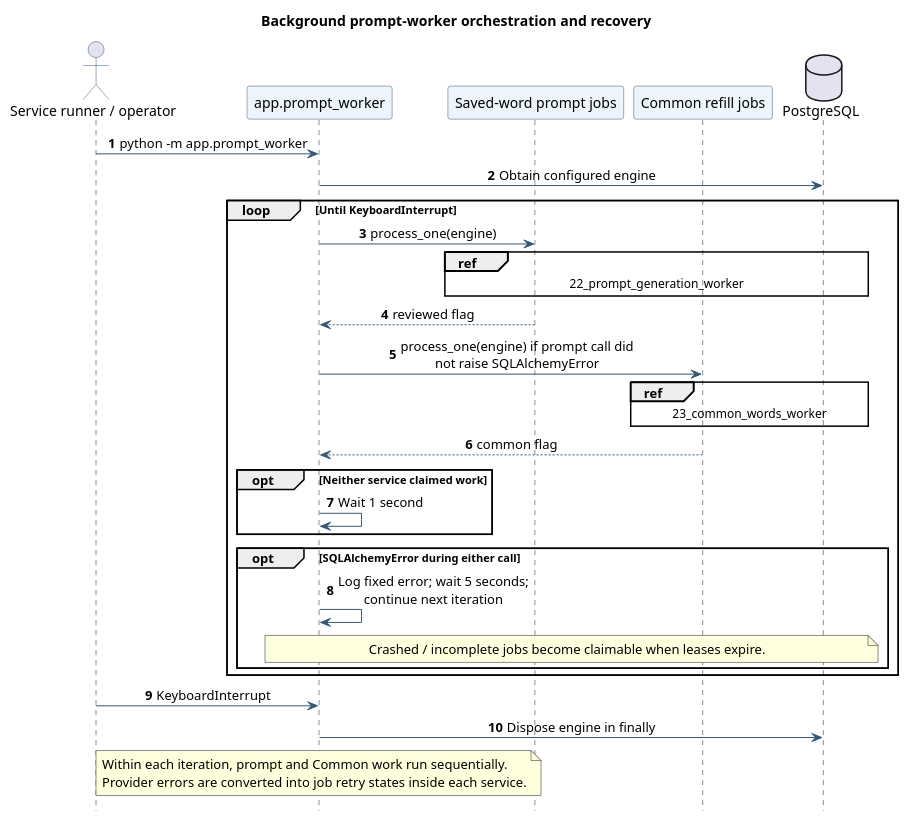
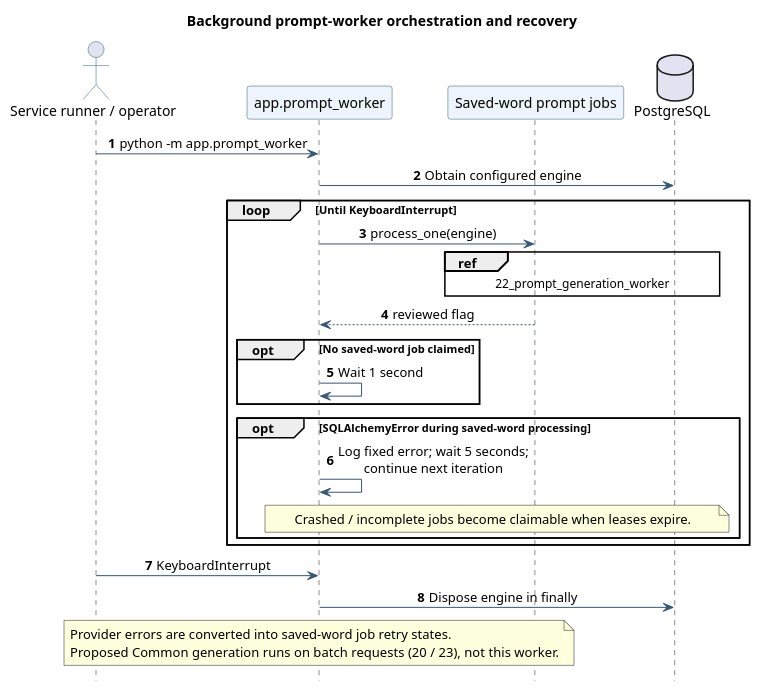
Before and after one commit to jerrynguyen0210/english-vocab-app: the diagram in docs/diagrams/sequence_diagrams/31_prompt_worker_loop.puml, drawn with PlantUML. The commit also changed 93 other files, not shown here.

Commit message:
Add shared common word practice and bank tooling

```diff
--- a/docs/diagrams/sequence_diagrams/31_prompt_worker_loop.puml
+++ b/docs/diagrams/sequence_diagrams/31_prompt_worker_loop.puml
@@ -1,44 +1,39 @@
 @startuml
 skinparam shadowing false
 skinparam defaultFontName SansSerif
 skinparam sequenceMessageAlign center
 skinparam maxMessageSize 240
 skinparam ParticipantBackgroundColor #EEF4FB
 skinparam ParticipantBorderColor #355777
 skinparam ActorBorderColor #355777
 skinparam ArrowColor #355777
 hide footbox
 autonumber
 title Background prompt-worker orchestration and recovery
 
 ' Sources relative to repository root:
 ' backend/app/prompt_worker.py
 ' backend/app/services/prompt_jobs/worker.py
-' backend/app/services/common_word_worker.py
 
 actor "Service runner / operator" as Operator
 participant "app.prompt_worker" as Loop
 participant "Saved-word prompt jobs" as Prompt
-participant "Common refill jobs" as Common
 database PostgreSQL as DB
 Operator -> Loop : python -m app.prompt_worker
 Loop -> DB : Obtain configured engine
 loop Until KeyboardInterrupt
   Loop -> Prompt : process_one(engine)
   ref over Prompt, DB : 22_prompt_generation_worker
   Prompt --> Loop : reviewed flag
-  Loop -> Common : process_one(engine) if prompt call did not raise SQLAlchemyError
-  ref over Common, DB : 23_common_words_worker
-  Common --> Loop : common flag
-  opt Neither service claimed work
+  opt No saved-word job claimed
     Loop -> Loop : Wait 1 second
   end
-  opt SQLAlchemyError during either call
+  opt SQLAlchemyError during saved-word processing
     Loop -> Loop : Log fixed error; wait 5 seconds; continue next iteration
     note over Loop, DB : Crashed / incomplete jobs become claimable when leases expire.
   end
 end
 Operator -> Loop : KeyboardInterrupt
 Loop -> DB : Dispose engine in finally
-note over Loop : Within each iteration, prompt and Common work run sequentially.\nProvider errors are converted into job retry states inside each service.
+note over Loop : Provider errors are converted into saved-word job retry states.\nProposed Common generation runs on batch requests (20 / 23), not this worker.
 @enduml
```
